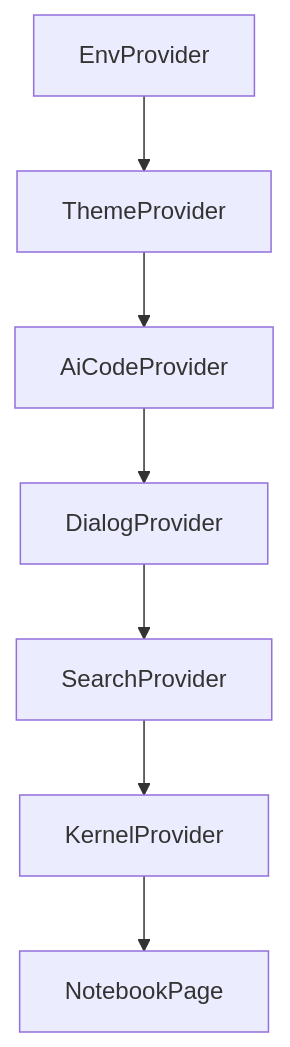
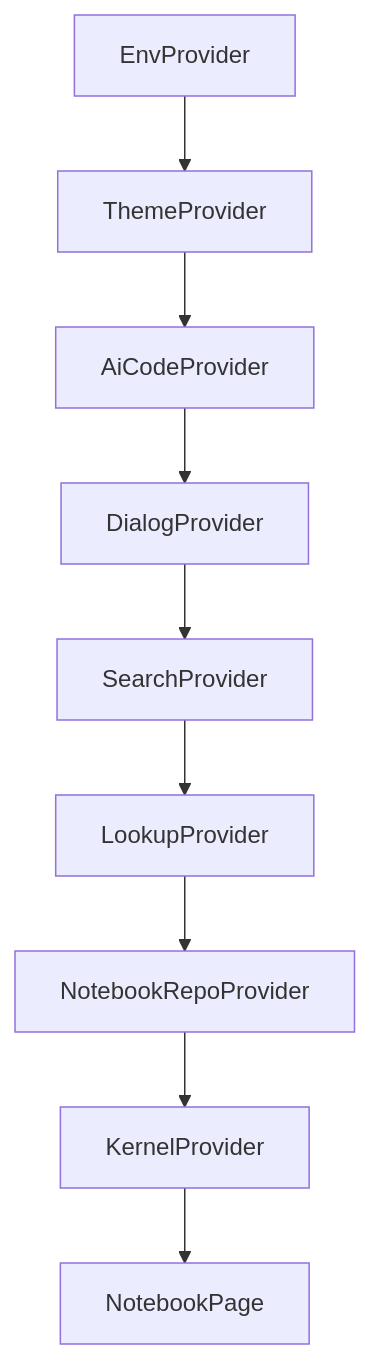
The second of 3 diagrams in docs/NAVIGATE.md (Cribl-Community/CC-notebook-app), drawn with Mermaid before and after one commit. The commit also changed other lines of this file and 6 other files, not shown here.

First line of the commit message:
docs: consolidate and update to match current architecture

````diff
--- a/docs/NAVIGATE.md
+++ b/docs/NAVIGATE.md
@@ -35,11 +35,13 @@
 ```mermaid
 flowchart TB
   E["EnvProvider"]
   T["ThemeProvider"]
   AC["AiCodeProvider"]
   D["DialogProvider"]
   S["SearchProvider"]
+  L["LookupProvider"]
+  R["NotebookRepoProvider"]
   K["KernelProvider"]
   N["NotebookPage"]
-  E --> T --> AC --> D --> S --> K --> N
+  E --> T --> AC --> D --> S --> L --> R --> K --> N
 ```
````
